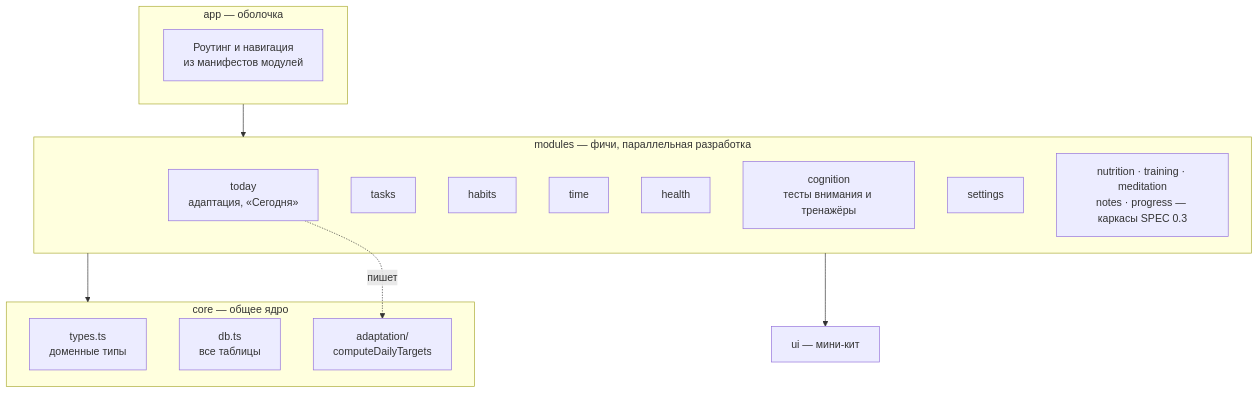
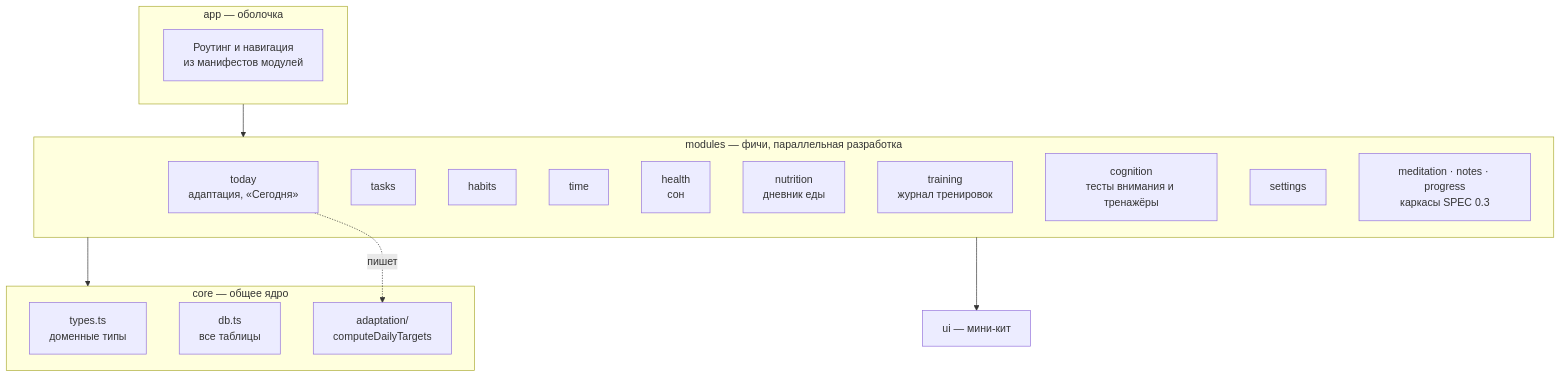
One commit to Manificento/Productivity changed the second of 3 diagrams in docs/architecture.md. Above: the diagram before and after it, drawn with Mermaid. The commit also changed other lines of this file and 49 other files, not shown here.

First line of the commit message:
feat(core): food diary to nutrition, workout log to training; health is the sleep block (#168)

````diff
--- a/docs/architecture.md
+++ b/docs/architecture.md
@@ -19,27 +19,29 @@
 ```mermaid
 flowchart TB
   subgraph shell[app — оболочка]
     router[Роутинг и навигация<br/>из манифестов модулей]
   end
   subgraph modules[modules — фичи, параллельная разработка]
     today[today<br/>адаптация, «Сегодня»]
     tasks[tasks]
     habits[habits]
     time[time]
-    health[health]
+    health[health<br/>сон]
+    nutrition[nutrition<br/>дневник еды]
+    training[training<br/>журнал тренировок]
     cognition[cognition<br/>тесты внимания и тренажёры]
     settings[settings]
-    planned[nutrition · training · meditation<br/>notes · progress — каркасы SPEC 0.3]
+    planned[meditation · notes · progress<br/>каркасы SPEC 0.3]
   end
   subgraph kernel[core — общее ядро]
     types[types.ts<br/>доменные типы]
     dbm[db.ts<br/>все таблицы]
     engine[adaptation/<br/>computeDailyTargets]
   end
   ui[ui — мини-кит]
 
   shell --> modules
   modules --> kernel
   modules --> ui
   today -. пишет .-> engine
 ```
````
